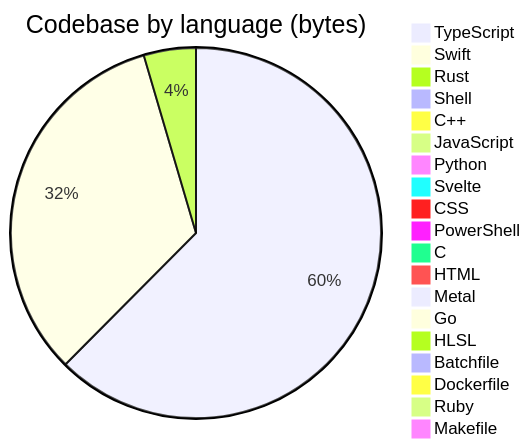
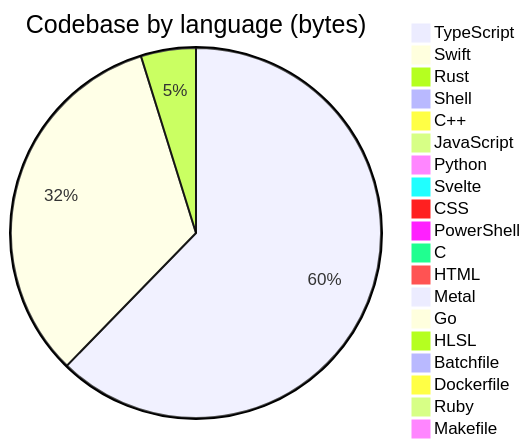
Before and after one commit to Open330/.github: the diagram in profile/README.md, drawn with Mermaid. The commit also changed other lines of this file, not shown here.

````diff
--- a/profile/README.md
+++ b/profile/README.md
@@ -130,22 +130,22 @@
 ```mermaid
 pie title Codebase by language (bytes)
     "TypeScript" : 34474664
-    "Swift" : 18216870
-    "Rust" : 2512664
+    "Swift" : 18219039
+    "Rust" : 2657446
     "Shell" : 500356
     "C++" : 388775
     "JavaScript" : 368493
     "Python" : 342510
     "Svelte" : 143451
     "CSS" : 142903
     "PowerShell" : 128198
     "C" : 114143
     "HTML" : 50085
     "Metal" : 33033
     "Go" : 22811
     "HLSL" : 7527
     "Batchfile" : 5870
     "Dockerfile" : 4893
     "Ruby" : 1554
     "Makefile" : 1150
 ```
````
